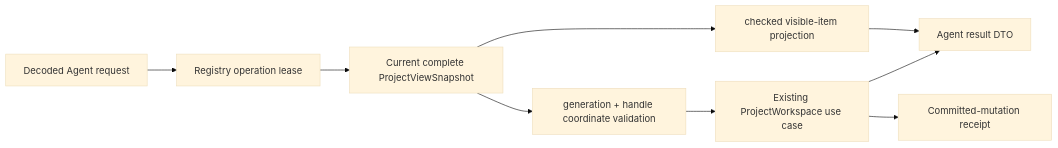
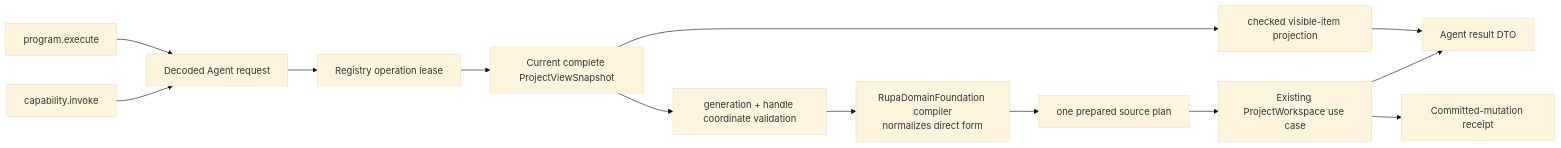
The first of 2 diagrams in RupaKit/Sources/RupaAgentRuntime/DESIGN.md (1amageek/Rupa), drawn with Mermaid (base theme) before and after one commit. The commit also changed other lines of this file and 17 other files, not shown here.

````diff
--- a/RupaKit/Sources/RupaAgentRuntime/DESIGN.md
+++ b/RupaKit/Sources/RupaAgentRuntime/DESIGN.md
@@ -39,11 +54,15 @@
 ```mermaid
 flowchart LR
-    Request["Decoded Agent request"] --> Lease["Registry operation lease"]
+    Direct["capability.invoke"] --> Request["Decoded Agent request"]
+    Program["program.execute"] --> Request
+    Request --> Lease["Registry operation lease"]
     Lease --> View["Current complete ProjectViewSnapshot"]
     View --> Guard["generation + handle coordinate validation"]
-    Guard --> Workspace["Existing ProjectWorkspace use case"]
+    Guard --> Compiler["RupaDomainFoundation compiler\nnormalizes direct form"]
+    Compiler --> Prepared["one prepared source plan"]
+    Prepared --> Workspace["Existing ProjectWorkspace use case"]
     Workspace --> Projection["Agent result DTO"]
     Workspace --> NoRetry["Committed-mutation receipt"]
     View --> ViewportProjection["checked visible-item projection"]
     ViewportProjection --> Projection
 ```
````
